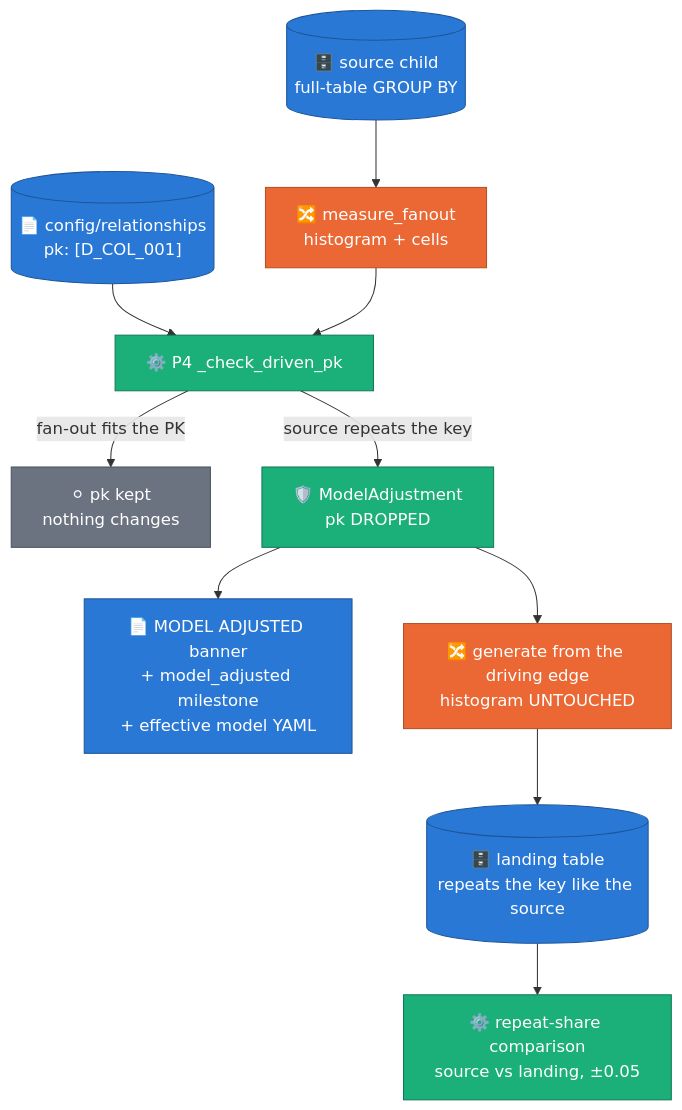
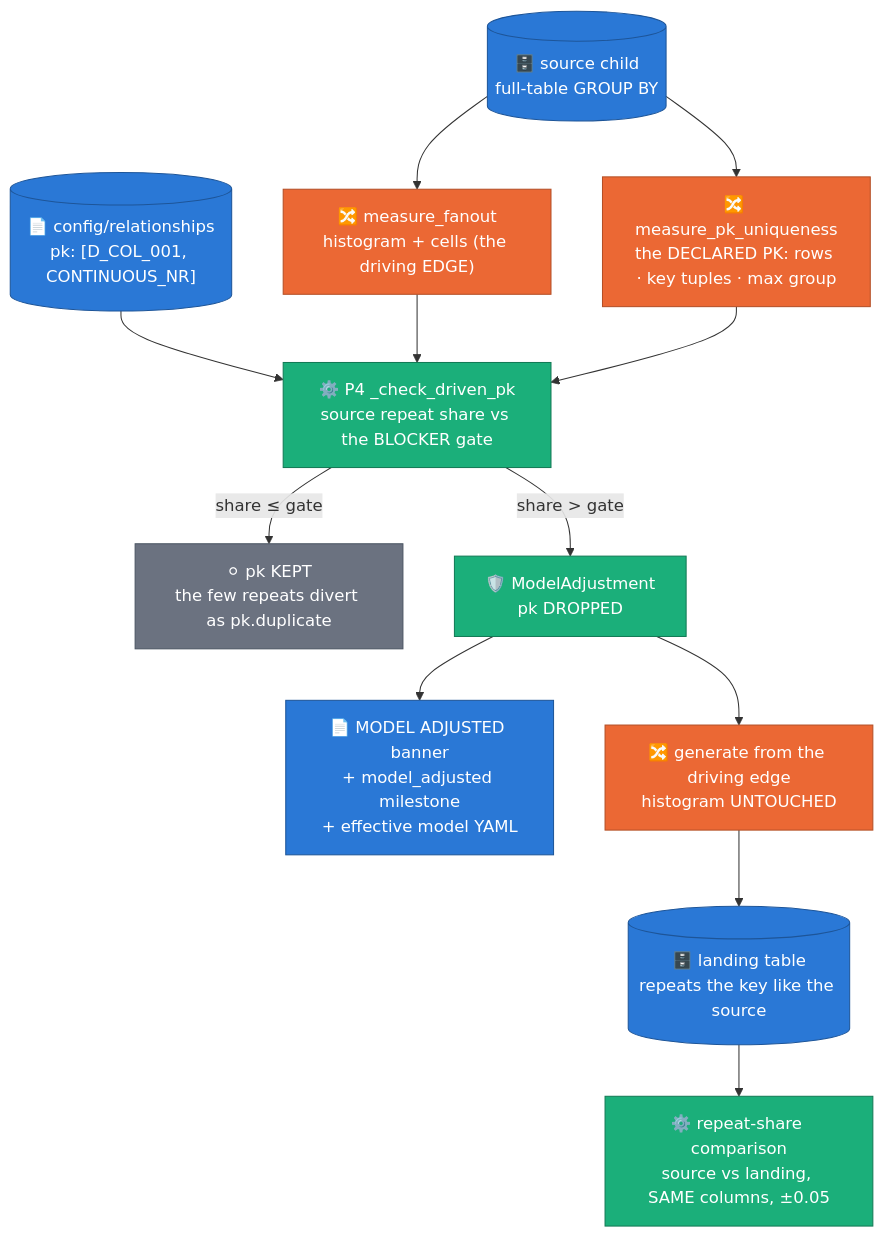
Before and after one commit to albertols/synthetic-llm-dataflow-bigquery: the first of 2 diagrams in docs/adr/0038-measured-conflicts-adjust-the-model.md, drawn with Mermaid. The commit also changed other lines of this file and 15 other files, not shown here.

````diff
--- a/docs/adr/0038-measured-conflicts-adjust-the-model.md
+++ b/docs/adr/0038-measured-conflicts-adjust-the-model.md
@@ -205,21 +264,23 @@
 ```mermaid
 flowchart TD
-  SRC[("🗄️ source child<br/>full-table GROUP BY")] --> M["🔀 measure_fanout<br/>histogram + cells"]
-  DECL[("📄 config/relationships<br/>pk: [D_COL_001]")] --> P4["⚙️ P4 _check_driven_pk"]
+  SRC[("🗄️ source child<br/>full-table GROUP BY")] --> M["🔀 measure_fanout<br/>histogram + cells (the driving EDGE)"]
+  SRC --> PKM["🔀 measure_pk_uniqueness<br/>the DECLARED PK: rows · key tuples · max group"]
+  DECL[("📄 config/relationships<br/>pk: [D_COL_001, CONTINUOUS_NR]")] --> P4["⚙️ P4 _check_driven_pk<br/>source repeat share vs the BLOCKER gate"]
   M --> P4
-  P4 -->|"fan-out fits the PK"| KEEP["⚪ pk kept<br/>nothing changes"]
-  P4 -->|"source repeats the key"| ADJ["🛡️ ModelAdjustment<br/>pk DROPPED"]
+  PKM --> P4
+  P4 -->|"share ≤ gate"| KEEP["⚪ pk KEPT<br/>the few repeats divert as pk.duplicate"]
+  P4 -->|"share > gate"| ADJ["🛡️ ModelAdjustment<br/>pk DROPPED"]
   ADJ --> BAN["📄 MODEL ADJUSTED banner<br/>+ model_adjusted milestone<br/>+ effective model YAML"]
   ADJ --> GEN["🔀 generate from the driving edge<br/>histogram UNTOUCHED"]
   GEN --> LAND[("🗄️ landing table<br/>repeats the key like the source")]
-  LAND --> CMP["⚙️ repeat-share comparison<br/>source vs landing, ±0.05"]
+  LAND --> CMP["⚙️ repeat-share comparison<br/>source vs landing, SAME columns, ±0.05"]
 
   classDef beam  fill:#eb6834,color:#fff,stroke:#b44f26
   classDef cpu   fill:#1baf7a,color:#fff,stroke:#127a55
   classDef store fill:#2a78d6,color:#fff,stroke:#1d5599
   classDef data  fill:#6b7280,color:#fff,stroke:#4b5563
-  class M,GEN beam
+  class M,PKM,GEN beam
   class P4,ADJ,CMP cpu
   class SRC,DECL,BAN,LAND store
   class KEEP data
 ```
````
